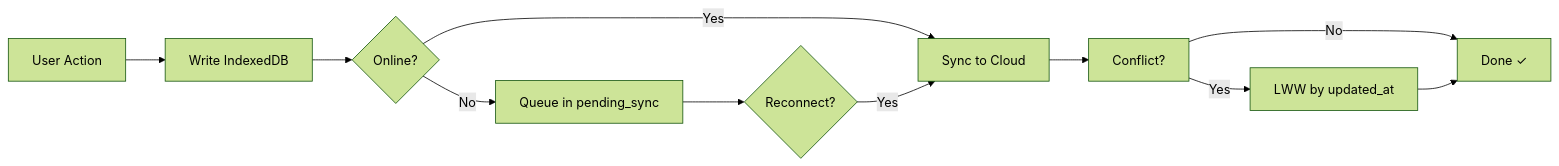
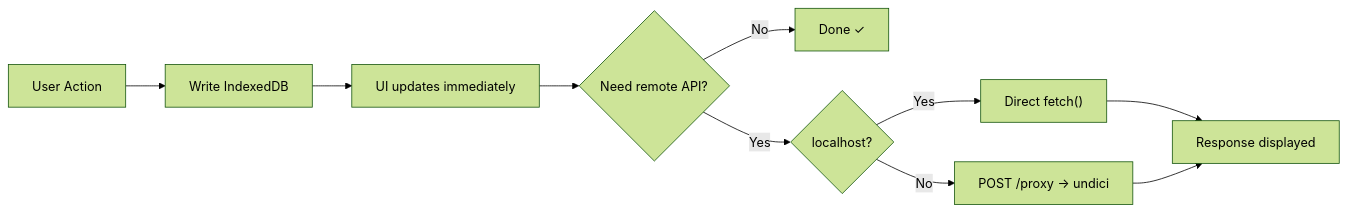
Before and after one commit to achoo254/localman: the third of 7 diagrams in docs/workflow-guide.md, drawn with Mermaid (forest theme). The commit also changed other lines of this file and 364 other files, not shown here.

First line of the commit message:
refactor: migrate to web-only SPA + Fastify proxy architecture

````diff
--- a/docs/workflow-guide.md
+++ b/docs/workflow-guide.md
@@ -73,13 +74,12 @@
 ```mermaid
 flowchart LR
     A["User Action"] --> B["Write IndexedDB"]
-    B --> C{"Online?"}
-    C -->|Yes| D["Sync to Cloud"]
-    C -->|No| E["Queue in pending_sync"]
-    E --> F{"Reconnect?"}
-    F -->|Yes| D
-    D --> G["Conflict?"]
-    G -->|No| H["Done ✓"]
-    G -->|Yes| I["LWW by updated_at"]
-    I --> H
+    B --> C["UI updates immediately"]
+    C --> D{"Need remote API?"}
+    D -->|No| E["Done ✓"]
+    D -->|Yes| F{"localhost?"}
+    F -->|Yes| G["Direct fetch()"]
+    F -->|No| H["POST /proxy → undici"]
+    G --> I["Response displayed"]
+    H --> I
 ```
````
